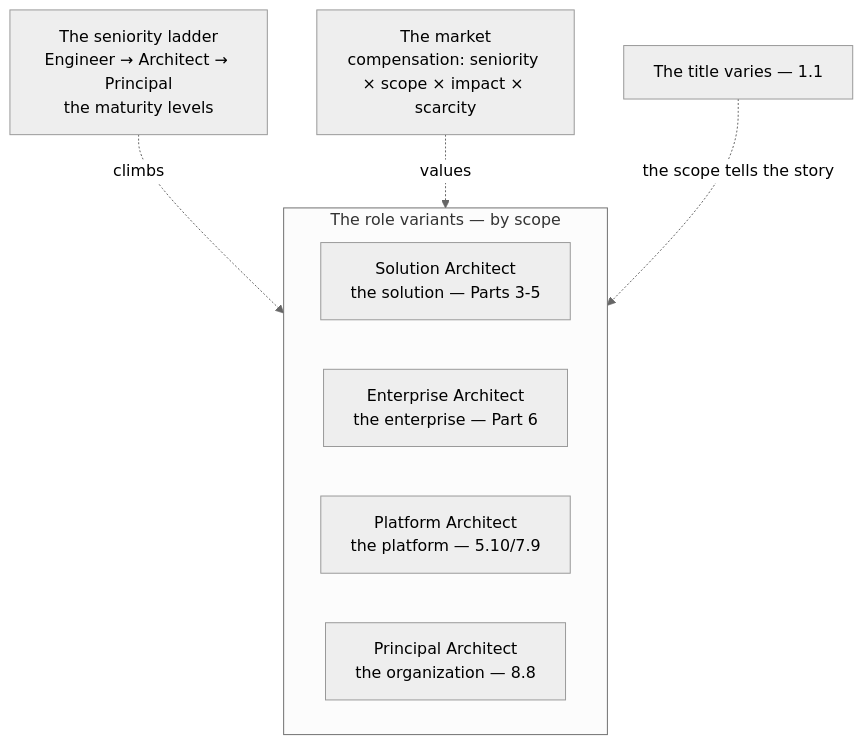
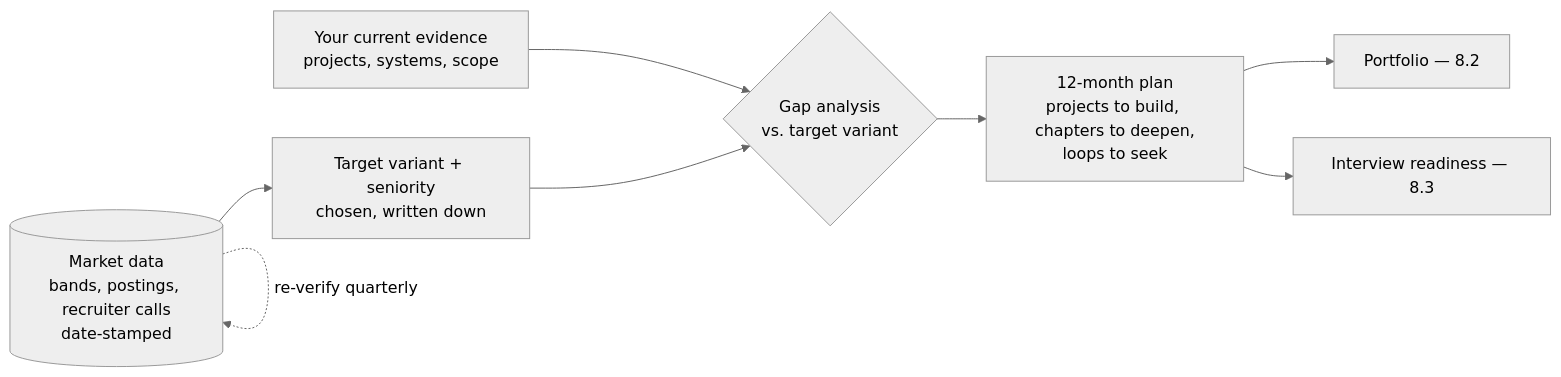
Before and after one commit to sivakrushna-works/GSAC: the diagram in curriculum/part-8-professional-excellence/chapter-01-role-and-market.md, drawn with Mermaid (neutral theme). The commit also changed other lines of this file and 10 other files, not shown here.

````diff
--- a/curriculum/part-8-professional-excellence/chapter-01-role-and-market.md
+++ b/curriculum/part-8-professional-excellence/chapter-01-role-and-market.md
@@ -68,12 +82,10 @@
 ```mermaid
-flowchart TD
-    subgraph VARIANTS [The role variants — by scope]
-        SOLUTION[Solution Architect<br/>the solution — Parts 3-5]
-        ENTERPRISE[Enterprise Architect<br/>the enterprise — Part 6]
-        PLATFORM[Platform Architect<br/>the platform — 5.10/7.9]
-        PRINCIPAL[Principal Architect<br/>the organization — 8.8]
-    end
-    LADDER[The seniority ladder<br/>Engineer → Architect → Principal<br/>the maturity levels] -.climbs.-> VARIANTS
-    MARKET[The market<br/>compensation: seniority × scope × impact × scarcity] -.values.-> VARIANTS
-    TITLE[The title varies — 1.1] -.the scope tells the story.-> VARIANTS
+flowchart LR
+    YOU[Your current evidence<br/>projects, systems, scope] --> GAP{Gap analysis<br/>vs. target variant}
+    TARGET[Target variant + seniority<br/>chosen, written down] --> GAP
+    MARKET[(Market data<br/>bands, postings, recruiter calls<br/>date-stamped)] --> TARGET
+    GAP --> PLAN[12-month plan<br/>projects to build, chapters to deepen,<br/>loops to seek]
+    PLAN --> PORTFOLIO[Portfolio — 8.2]
+    PLAN --> INTERVIEWS[Interview readiness — 8.3]
+    MARKET -.re-verify quarterly.-> MARKET
 ```
````
